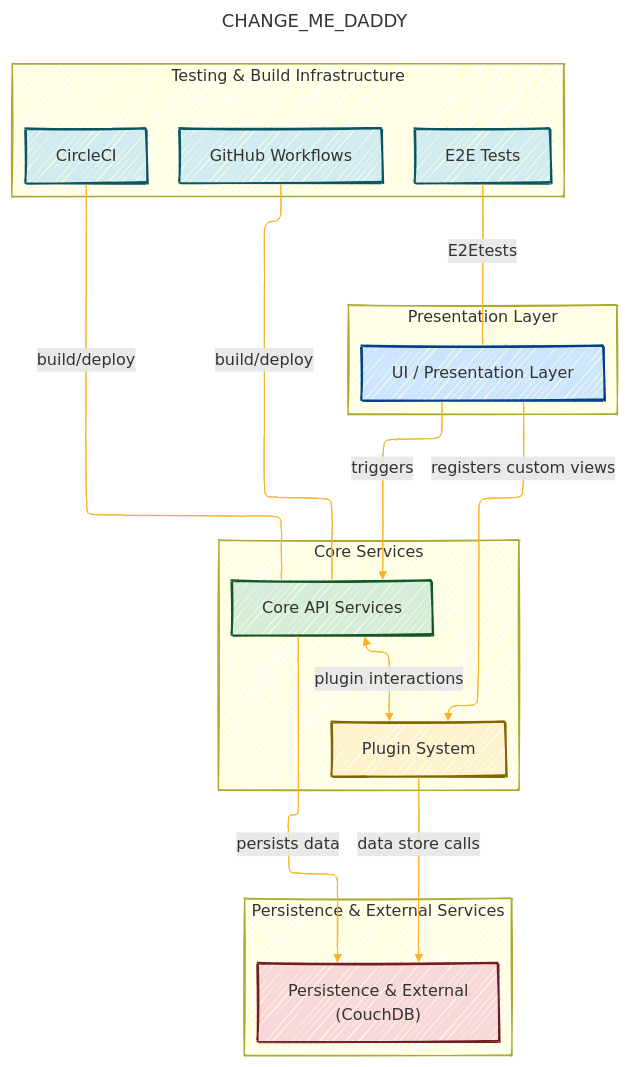
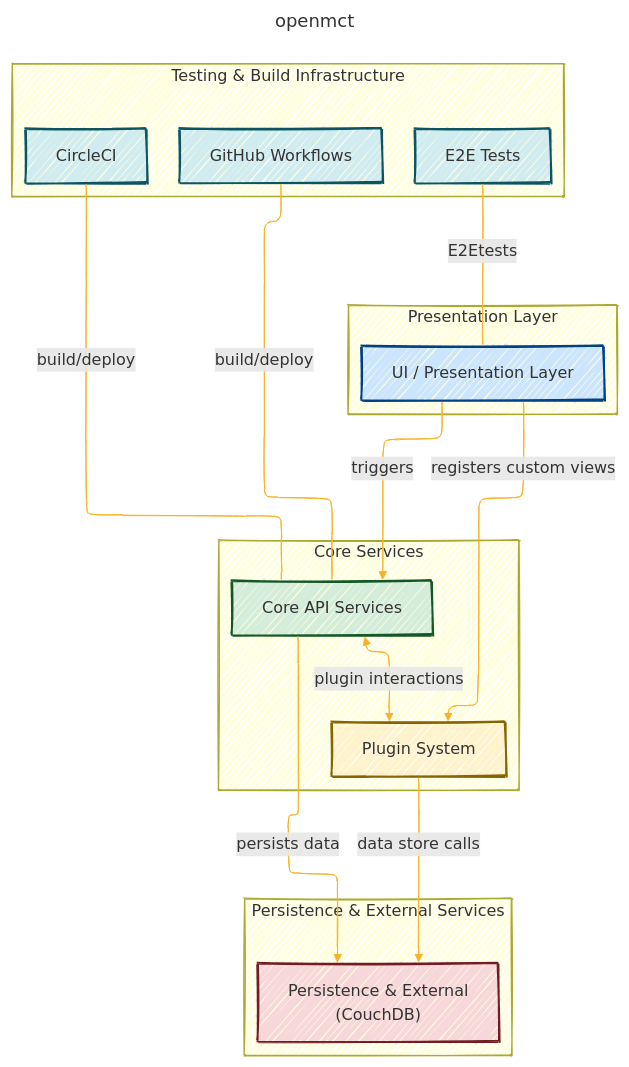
One commit to CongLeSolutionX/ArchExplorer changed the diagram in NASA/openmct.md. Above: the diagram before and after it, drawn with Mermaid. The commit also changed 1 other file, not shown here.

Commit message:
update notes

````diff
--- a/NASA/openmct.md
+++ b/NASA/openmct.md
@@ -26,83 +26,83 @@
 ```mermaid
 ---
-title: "CHANGE_ME_DADDY"
+title: "openmct"
 author: "Cong Le"
 version: "1.0"
 license(s): "MIT, CC BY 4.0"
 copyright: "Copyright (c) 2025 Cong Le. All Rights Reserved."
 config:
   layout: elk
   look: handDrawn
   theme: default
 ---
 %%%%%%%% Mermaid version v11.4.1-b.14
 %%%%%%%% Toggle theme value to `base` to activate the initilization below for the customized theme version.
 %%%%%%%% Available curve styles include the following keywords:
 %% basis, bumpX, bumpY, cardinal, catmullRom, linear, monotoneX, monotoneY, natural, step, stepAfter, stepBefore.
 %%{
   init: {
     'flowchart': {'htmlLabels': true, 'curve': 'basis' },
     'fontFamily': 'Fantasy',
     'themeVariables': {
       'primaryColor': '#ffff',
       'primaryTextColor': '#2ff9',
       'primaryBorderColor': '#7c2',
       'lineColor': '#F8B229',
       'secondaryColor': '#006100',
       'tertiaryColor': '#fff'
     }
   }
 }%%
 graph TD
     %% Presentation Layer
     subgraph Presentation_Layer["Presentation Layer"]
         UI["UI / Presentation Layer"]:::ui
     end
 
     %% Core Services
     subgraph Core_Services["Core Services"]
         API["Core API Services"]:::backend
         PL["Plugin System"]:::plugin
     end
 
     %% Persistence & External Services
     subgraph Persistence_and_External_Services["Persistence & External Services"]
         Persist["Persistence & External<br>(CouchDB)"]:::external
     end
 
     %% Testing & Build Infrastructure
     subgraph Testing_and_Build_Infrastructure["Testing & Build Infrastructure"]
         CircleCI["CircleCI"]:::testing
         GitHub["GitHub Workflows"]:::testing
         E2E["E2E Tests"]:::testing
     end
 
     %% Connections between layers
     UI -->|"triggers"| API
     UI -->|"registers custom views"| PL
     API <-->|"plugin interactions"| PL
     API -->|"persists data"| Persist
     PL -->|"data store calls"| Persist
 
     %% Testing related connections
     CircleCI ---|"build/deploy"| API
     GitHub ---|"build/deploy"| API
     E2E ---|"E2Etests"| UI
 
     %% Click Events
     click API "https://github.com/nasa/openmct/tree/master/src/api"
     click PL "https://github.com/nasa/openmct/tree/master/src/plugins"
     click UI "https://github.com/nasa/openmct/tree/master/src/ui"
     click Persist "https://github.com/nasa/openmct/tree/master/src/plugins/persistence/couch"
     click CircleCI "https://github.com/nasa/openmct/blob/master/.circleci"
     click GitHub "https://github.com/nasa/openmct/tree/master/.github/workflows"
     click E2E "https://github.com/nasa/openmct/tree/master/e2e"
 
     %% Styles
     classDef ui fill:#cce5ff,stroke:#004085,stroke-width:2px
     classDef backend fill:#d4edda,stroke:#155724,stroke-width:2px
     classDef plugin fill:#fff3cd,stroke:#856404,stroke-width:2px
     classDef external fill:#f8d7da,stroke:#721c24,stroke-width:2px
     classDef testing fill:#d1ecf1,stroke:#0c5460,stroke-width:2px
     
 ```
````
